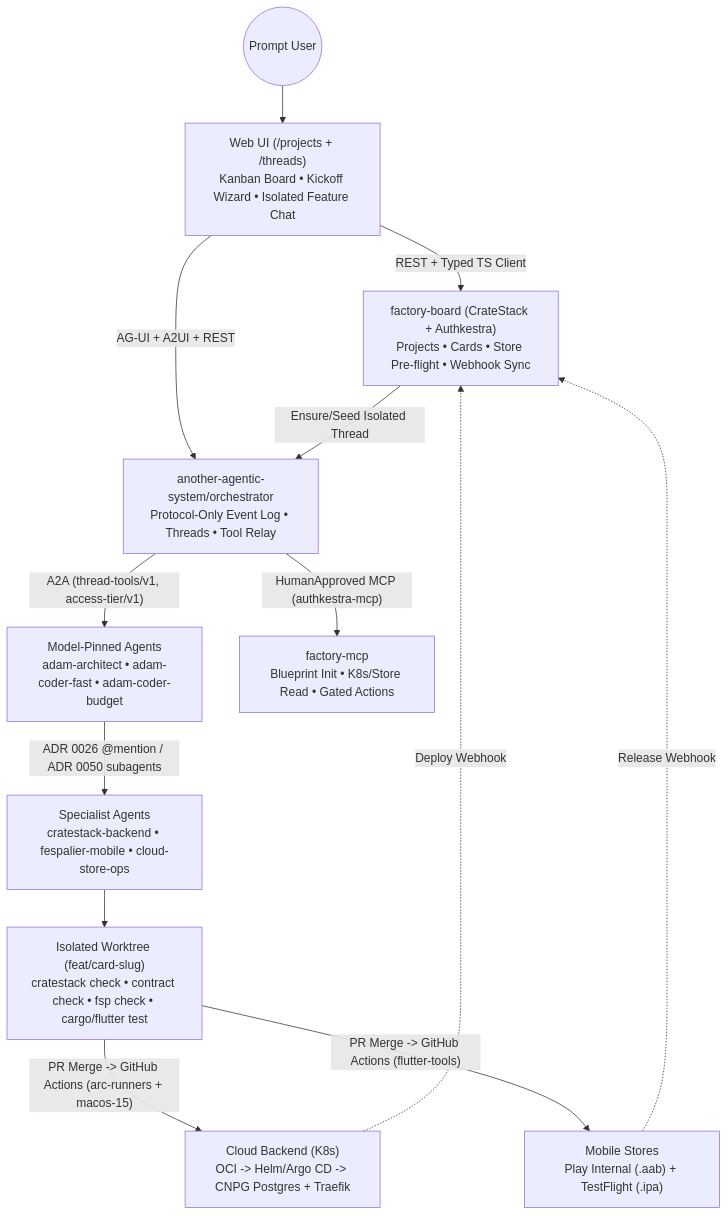
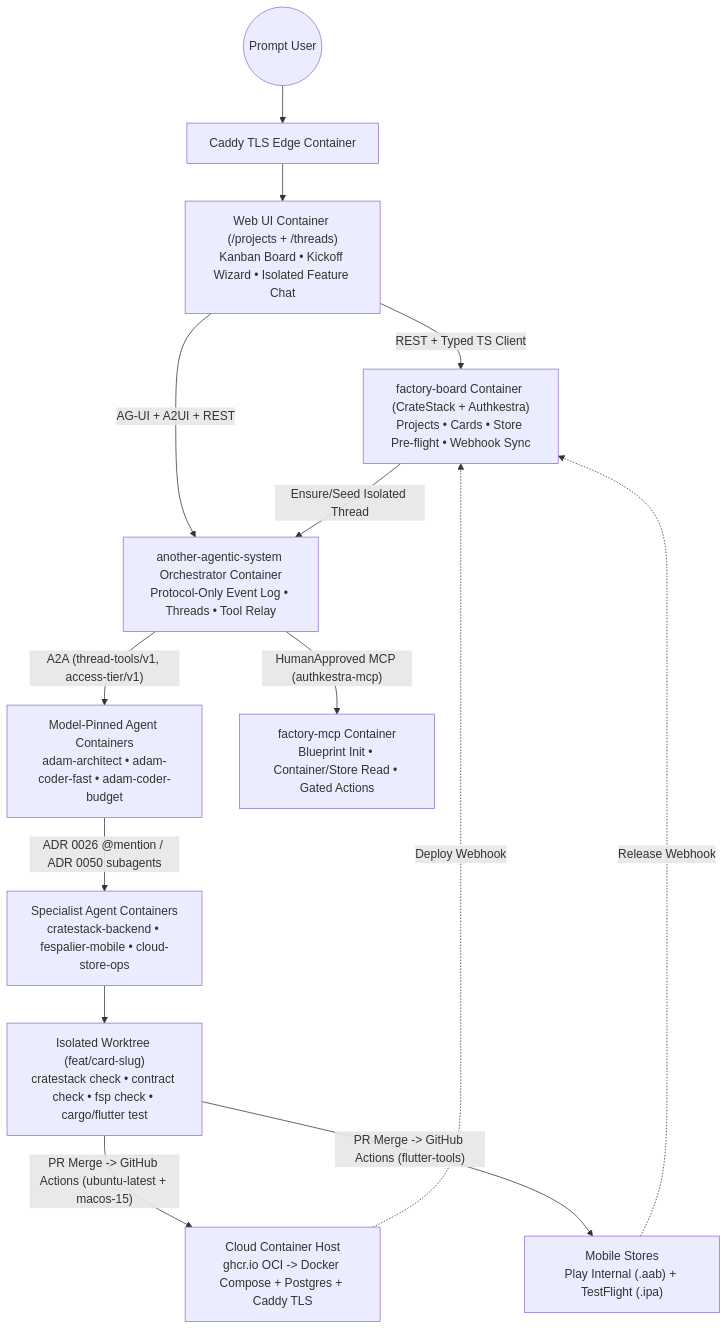
Before and after one commit to marcjazz/another-agentic-system: the diagram in docs/plans/app-factory-mvp-2026-12.md, drawn with Mermaid. The commit also changed other lines of this file and 2 other files, not shown here.

Commit message:
docs(plan): simplify ADR 0072 and MVP plan to containers only

````diff
--- a/docs/plans/app-factory-mvp-2026-12.md
+++ b/docs/plans/app-factory-mvp-2026-12.md
@@ -75,18 +77,19 @@
 ```mermaid
 flowchart TB
-  User((Prompt User)) --> Web["Web UI (/projects + /threads)<br/>Kanban Board • Kickoff Wizard • Isolated Feature Chat"]
-  Web -- "REST + Typed TS Client" --> Board["factory-board (CrateStack + Authkestra)<br/>Projects • Cards • Store Pre-flight • Webhook Sync"]
-  Web -- "AG-UI + A2UI + REST" --> Orch["another-agentic-system/orchestrator<br/>Protocol-Only Event Log • Threads • Tool Relay"]
+  User((Prompt User)) --> Edge["Caddy TLS Edge Container"]
+  Edge --> Web["Web UI Container (/projects + /threads)<br/>Kanban Board • Kickoff Wizard • Isolated Feature Chat"]
+  Web -- "REST + Typed TS Client" --> Board["factory-board Container (CrateStack + Authkestra)<br/>Projects • Cards • Store Pre-flight • Webhook Sync"]
+  Web -- "AG-UI + A2UI + REST" --> Orch["another-agentic-system Orchestrator Container<br/>Protocol-Only Event Log • Threads • Tool Relay"]
 
   Board -- "Ensure/Seed Isolated Thread" --> Orch
-  Orch -- "A2A (thread-tools/v1, access-tier/v1)" --> Agents["Model-Pinned Agents<br/>adam-architect • adam-coder-fast • adam-coder-budget"]
+  Orch -- "A2A (thread-tools/v1, access-tier/v1)" --> Agents["Model-Pinned Agent Containers<br/>adam-architect • adam-coder-fast • adam-coder-budget"]
 
-  Agents -- "ADR 0026 @mention / ADR 0050 subagents" --> Specialists["Specialist Agents<br/>cratestack-backend • fespalier-mobile • cloud-store-ops"]
+  Agents -- "ADR 0026 @mention / ADR 0050 subagents" --> Specialists["Specialist Agent Containers<br/>cratestack-backend • fespalier-mobile • cloud-store-ops"]
   Specialists --> Workspace["Isolated Worktree (feat/card-slug)<br/>cratestack check • contract check • fsp check • cargo/flutter test"]
 
-  Orch -- "HumanApproved MCP (authkestra-mcp)" --> FactoryMcp["factory-mcp<br/>Blueprint Init • K8s/Store Read • Gated Actions"]
-  Workspace -- "PR Merge -> GitHub Actions (arc-runners + macos-15)" --> Cloud["Cloud Backend (K8s)<br/>OCI -> Helm/Argo CD -> CNPG Postgres + Traefik"]
+  Orch -- "HumanApproved MCP (authkestra-mcp)" --> FactoryMcp["factory-mcp Container<br/>Blueprint Init • Container/Store Read • Gated Actions"]
+  Workspace -- "PR Merge -> GitHub Actions (ubuntu-latest + macos-15)" --> Cloud["Cloud Container Host<br/>ghcr.io OCI -> Docker Compose + Postgres + Caddy TLS"]
   Workspace -- "PR Merge -> GitHub Actions (flutter-tools)" --> Stores["Mobile Stores<br/>Play Internal (.aab) + TestFlight (.ipa)"]
   Cloud -. "Deploy Webhook" .-> Board
   Stores -. "Release Webhook" .-> Board
 ```
````
